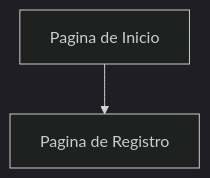
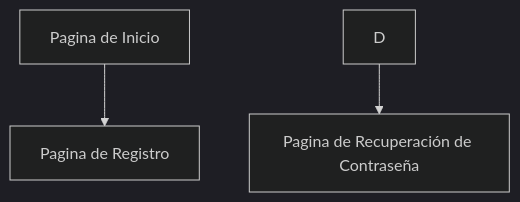
Before and after one commit to BryanMillon/Proyecto1_Grupo2: the diagram in Site map/Sitemap.mmd, drawn with Mermaid (dark theme).

Commit message:
Update JoseR Sitemap.mmd

```diff
--- a/Site map/Sitemap.mmd
+++ b/Site map/Sitemap.mmd
@@ -1,3 +1,5 @@
 graph TD;
 
 A[Pagina de Inicio] --> B[Pagina de Registro]
+
+D --> E[Pagina de Recuperación de Contraseña]
```
